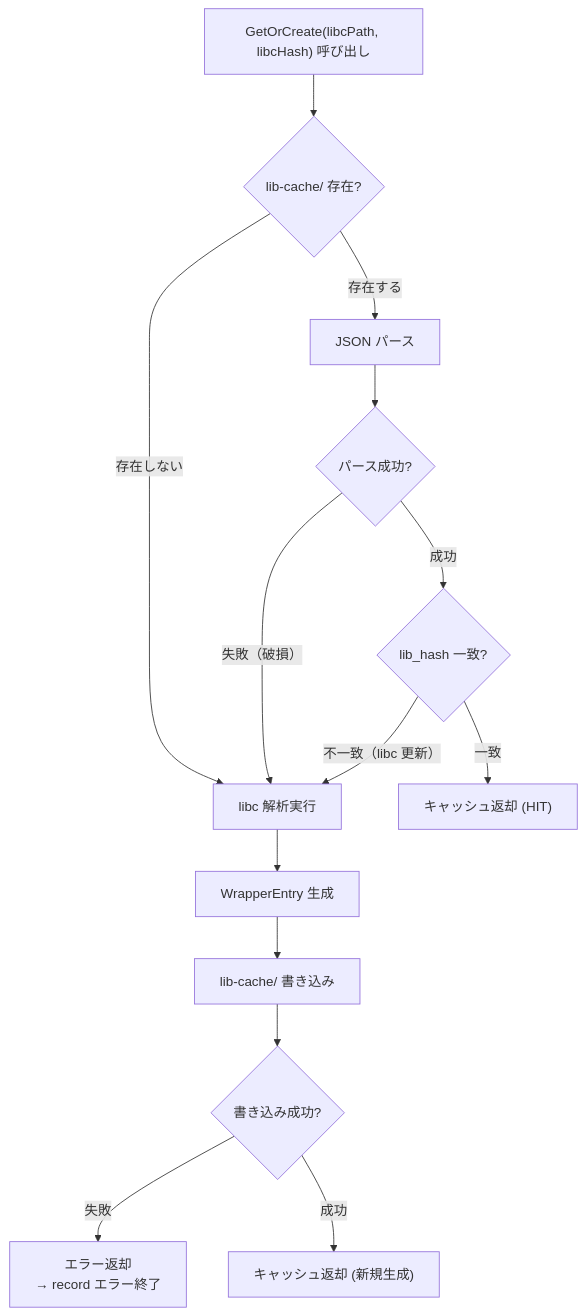
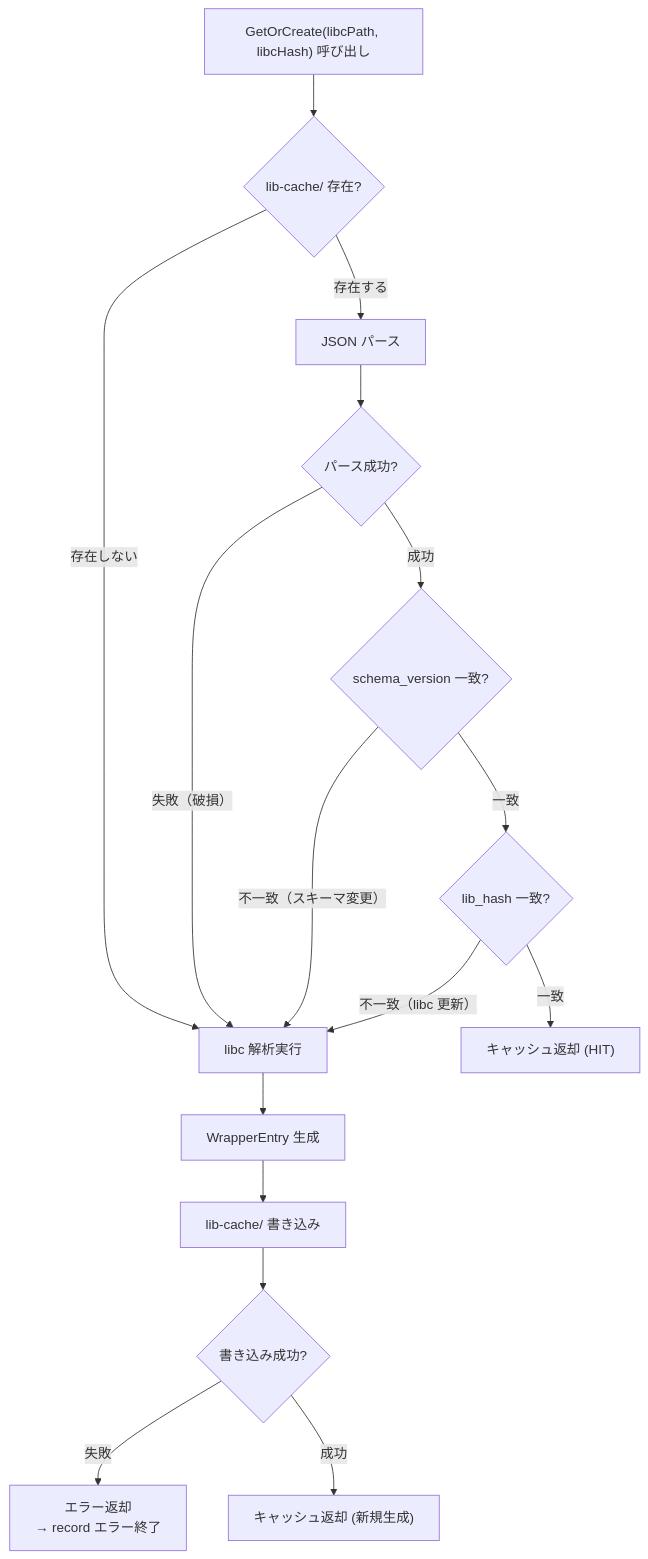
One commit to isseis/go-safe-cmd-runner changed the fifth of 9 diagrams in docs/tasks/0079_libc_syscall_wrapper_cache/02_architecture.md. Above: the diagram before and after it, drawn with Mermaid. The commit also changed other lines of this file, not shown here.

Commit message:
docs(tasks/0079): add schema_version to LibcCacheFile

````diff
--- a/docs/tasks/0079_libc_syscall_wrapper_cache/02_architecture.md
+++ b/docs/tasks/0079_libc_syscall_wrapper_cache/02_architecture.md
@@ -179,16 +179,18 @@
 ```mermaid
 flowchart TD
     A["GetOrCreate(libcPath, libcHash) 呼び出し"] --> B{"lib-cache/<encoded-libc> 存在?"}
     B -->|"存在しない"| E["libc 解析実行"]
     B -->|"存在する"| C["JSON パース"]
     C --> D{"パース成功?"}
     D -->|"失敗（破損）"| E
-    D -->|"成功"| F{"lib_hash 一致?"}
-    F -->|"不一致（libc 更新）"| E
-    F -->|"一致"| G["キャッシュ返却 (HIT)"]
+    D -->|"成功"| F{"schema_version 一致?"}
+    F -->|"不一致（スキーマ変更）"| E
+    F -->|"一致"| F2{"lib_hash 一致?"}
+    F2 -->|"不一致（libc 更新）"| E
+    F2 -->|"一致"| G["キャッシュ返却 (HIT)"]
     E --> H["WrapperEntry 生成"]
     H --> I["lib-cache/ 書き込み"]
     I --> J{"書き込み成功?"}
     J -->|"失敗"| K["エラー返却<br>→ record エラー終了"]
     J -->|"成功"| L["キャッシュ返却 (新規生成)"]
 ```
````
